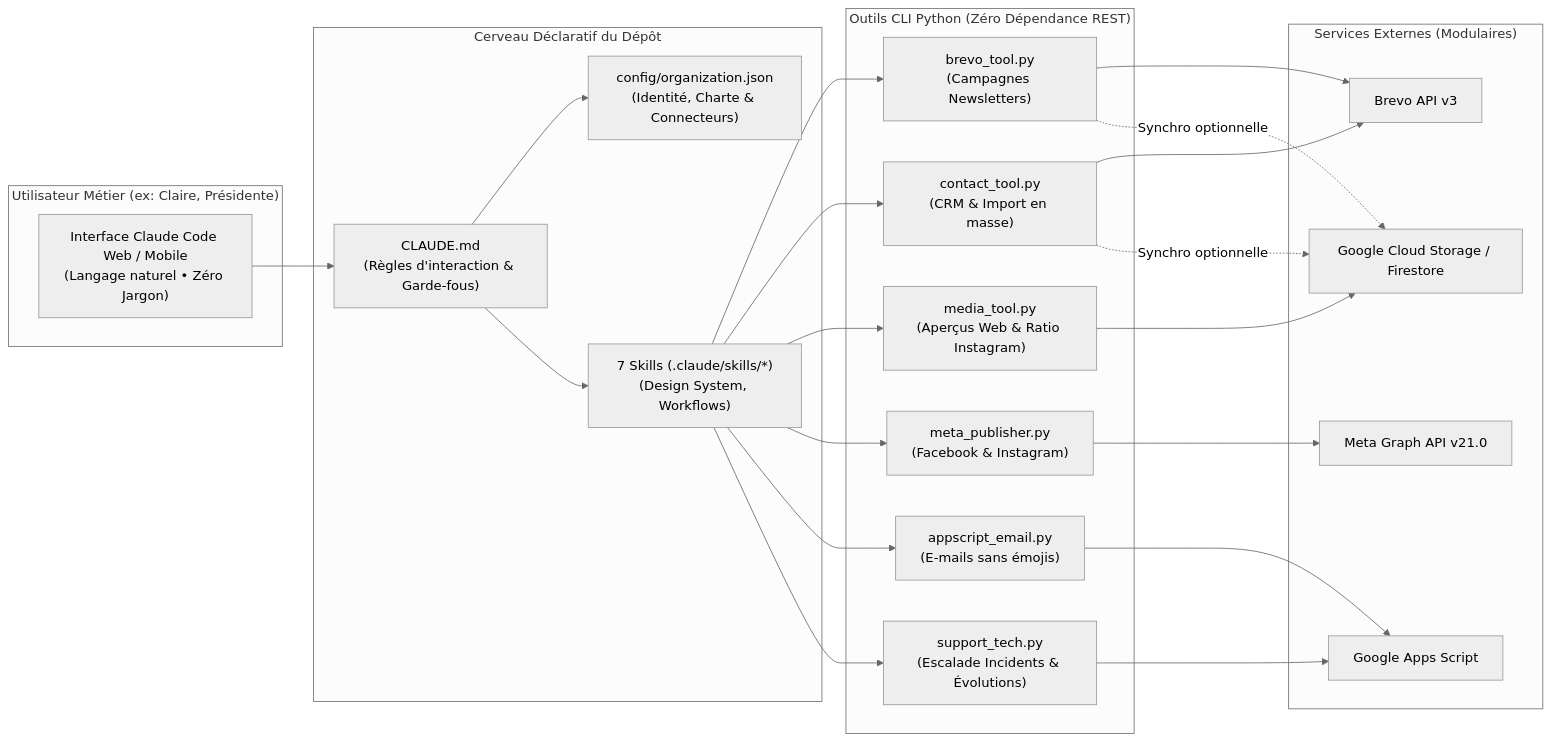
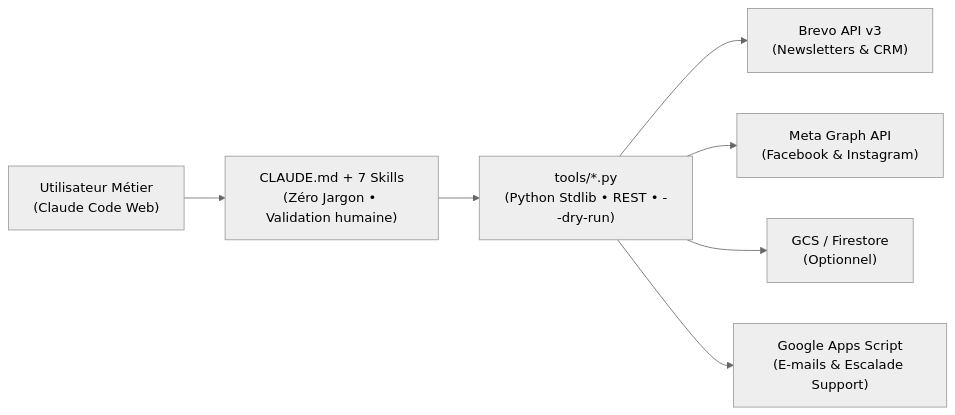
The diagram in README.md (jeremy-colard-dev/agent-communication-claude), drawn with Mermaid (neutral theme) before and after one commit. The commit also changed other lines of this file, not shown here.

````diff
--- a/README.md
+++ b/README.md
@@ -28,38 +28,9 @@
 ```mermaid
 flowchart LR
-    subgraph Utilisateur["Utilisateur Métier (ex: Claire, Présidente)"]
-        UI["Interface Claude Code Web / Mobile\n(Langage naturel • Zéro Jargon)"]
-    end
-
-    subgraph Agent["Cerveau Déclaratif du Dépôt"]
-        CMD["CLAUDE.md\n(Règles d'interaction & Garde-fous)"]
-        CFG["config/organization.json\n(Identité, Charte & Connecteurs)"]
-        SK["7 Skills (.claude/skills/*)\n(Design System, Workflows)"]
-    end
-
-    subgraph Tools["Outils CLI Python (Zéro Dépendance REST)"]
-        BT["brevo_tool.py\n(Campagnes Newsletters)"]
-        CT["contact_tool.py\n(CRM & Import en masse)"]
-        MT["media_tool.py\n(Aperçus Web & Ratio Instagram)"]
-        MP["meta_publisher.py\n(Facebook & Instagram)"]
-        AE["appscript_email.py\n(E-mails sans émojis)"]
-        ST["support_tech.py\n(Escalade Incidents & Évolutions)"]
-    end
-
-    subgraph Cloud["Services Externes (Modulaires)"]
-        BREVO["Brevo API v3"]
-        META["Meta Graph API v21.0"]
-        GCP["Google Cloud Storage / Firestore"]
-        GAS["Google Apps Script"]
-    end
-
-    UI --> CMD
-    CMD --> CFG
-    CMD --> SK
-    SK --> BT & CT & MT & MP & AE & ST
-    BT & CT --> BREVO
-    BT & CT -. "Synchro optionnelle" .-> GCP
-    MT --> GCP
-    MP --> META
-    AE & ST --> GAS
+    U["Utilisateur Métier\n(Claude Code Web)"] --> C["CLAUDE.md + 7 Skills\n(Zéro Jargon • Validation humaine)"]
+    C --> T["tools/*.py\n(Python Stdlib • REST • --dry-run)"]
+    T --> B["Brevo API v3\n(Newsletters & CRM)"]
+    T --> M["Meta Graph API\n(Facebook & Instagram)"]
+    T --> G["GCS / Firestore\n(Optionnel)"]
+    T --> A["Google Apps Script\n(E-mails & Escalade Support)"]
 ```
````
